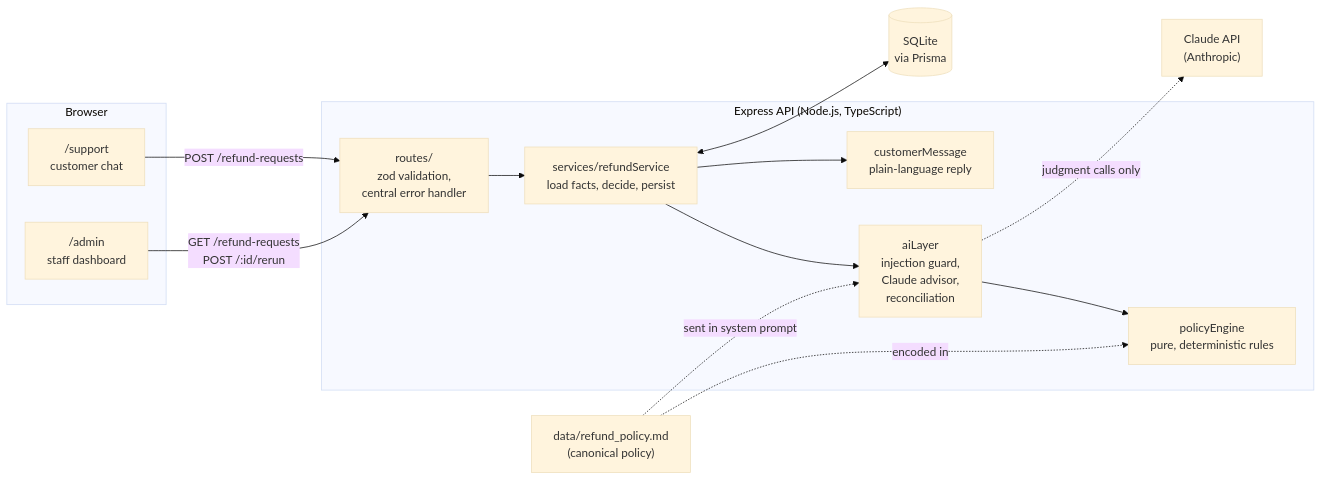
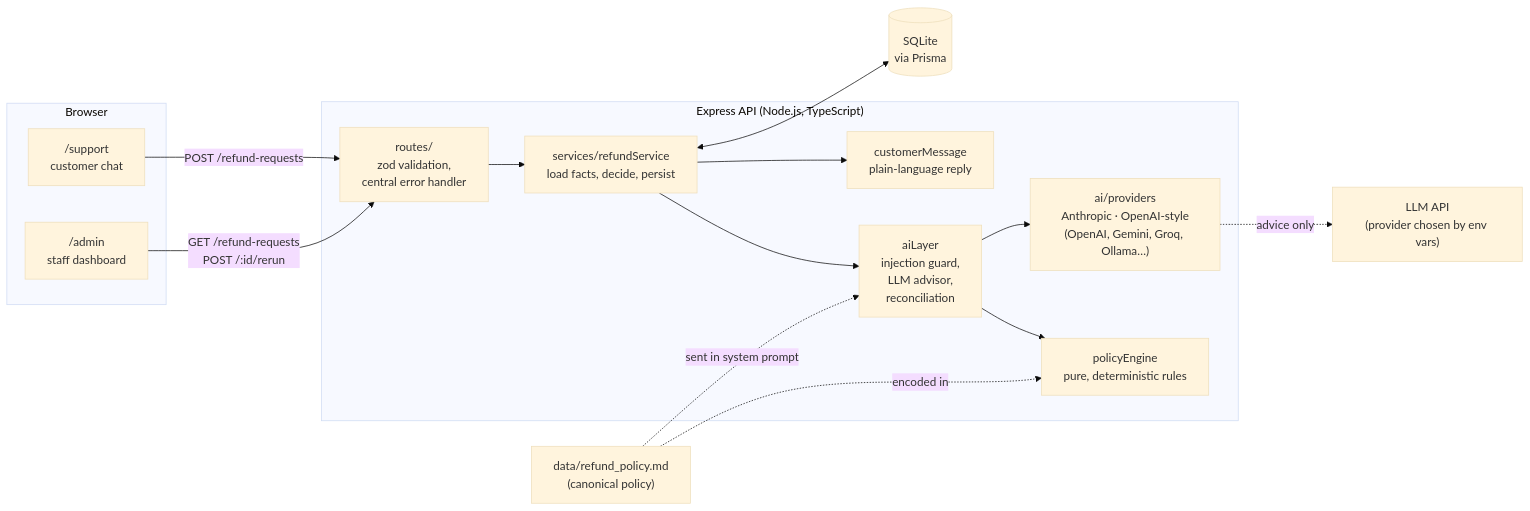
The diagram in README.md (mendyx2/AI-refund-processing-app), drawn with Mermaid (base theme) before and after one commit. The commit also changed other lines of this file and 18 other files, not shown here.

First line of the commit message:
Support any AI provider: Anthropic, OpenAI, Gemini, or OpenAI-compatible

````diff
--- a/README.md
+++ b/README.md
@@ -93,30 +118,32 @@
 ```mermaid
 flowchart LR
   subgraph Browser
     S["/support<br/>customer chat"]
     A["/admin<br/>staff dashboard"]
   end
 
   subgraph Backend["Express API (Node.js, TypeScript)"]
     R["routes/<br/>zod validation,<br/>central error handler"]
     SVC["services/refundService<br/>load facts, decide, persist"]
     PE["policyEngine<br/>pure, deterministic rules"]
-    AI["aiLayer<br/>injection guard,<br/>Claude advisor,<br/>reconciliation"]
+    AI["aiLayer<br/>injection guard,<br/>LLM advisor,<br/>reconciliation"]
+    PR["ai/providers<br/>Anthropic · OpenAI-style<br/>(OpenAI, Gemini, Groq, Ollama…)"]
     CM["customerMessage<br/>plain-language reply"]
   end
 
   DB[("SQLite<br/>via Prisma")]
-  C["Claude API<br/>(Anthropic)"]
+  C["LLM API<br/>(provider chosen by env vars)"]
   POL["data/refund_policy.md<br/>(canonical policy)"]
 
   S -- "POST /refund-requests" --> R
   A -- "GET /refund-requests<br/>POST /:id/rerun" --> R
   R --> SVC
   SVC --> AI
   AI --> PE
-  AI -.->|judgment calls only| C
+  AI --> PR
+  PR -.->|advice only| C
   SVC --> CM
   SVC <--> DB
   POL -.->|encoded in| PE
   POL -.->|sent in system prompt| AI
 ```
````
